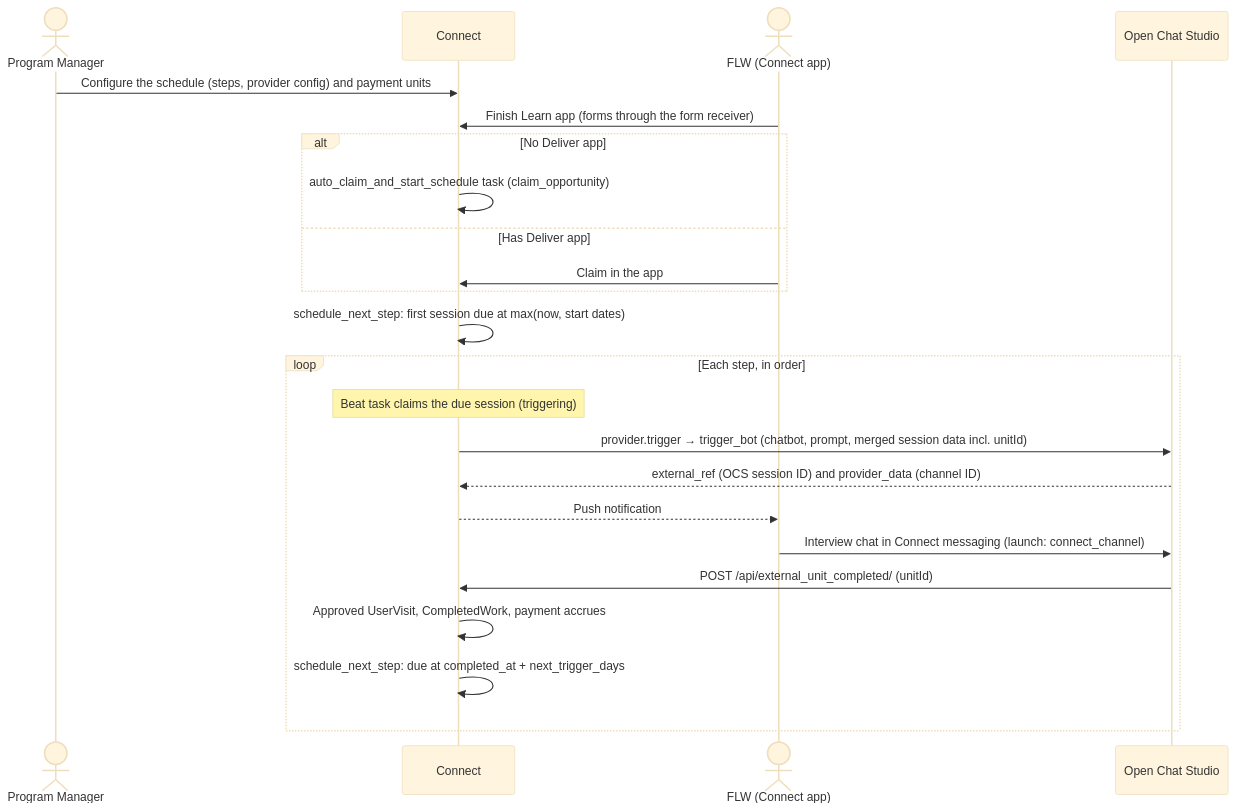
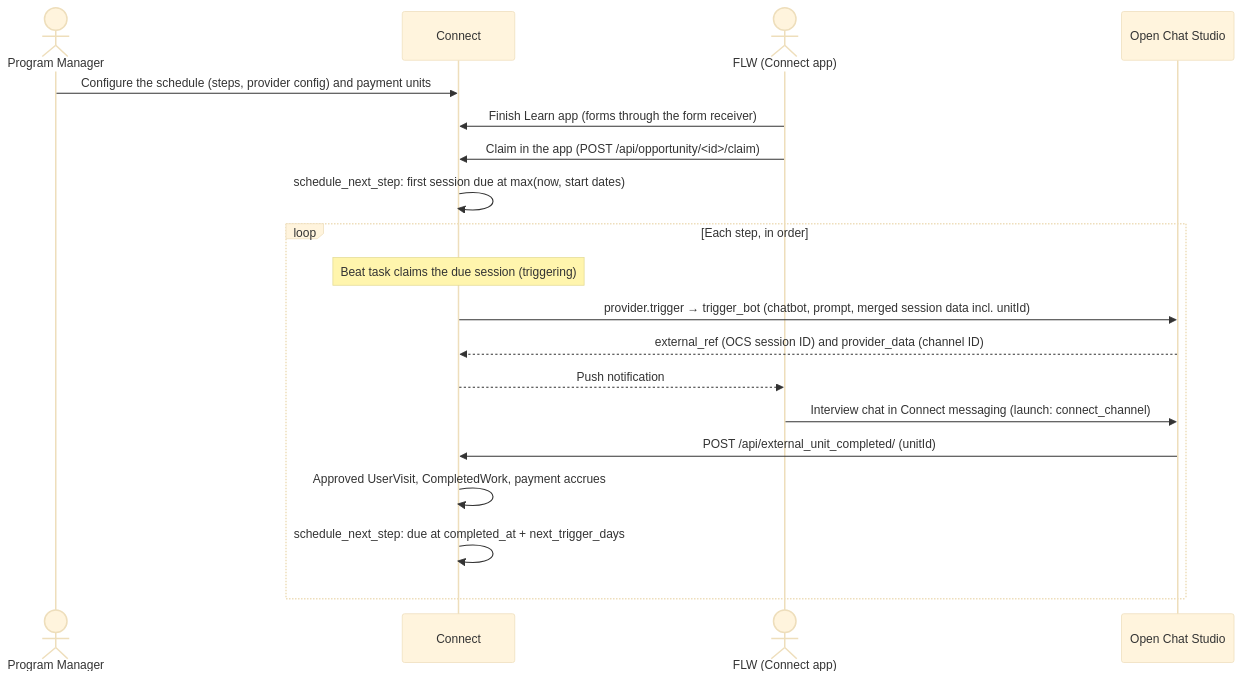
The diagram in outputs/CCCT-2861-spec-doc.md (dimagi/commcare-connect), drawn with Mermaid (base theme) before and after one commit. The commit also changed other lines of this file, not shown here.

First line of the commit message:
docs: drop auto-claim, move provider to the schedule, fix review findings

````diff
--- a/outputs/CCCT-2861-spec-doc.md
+++ b/outputs/CCCT-2861-spec-doc.md
@@ -43,26 +43,22 @@
 ```mermaid
 sequenceDiagram
     actor PM as Program Manager
     participant C as Connect
     actor FLW as FLW (Connect app)
     participant OCS as Open Chat Studio
 
     PM->>C: Configure the schedule (steps, provider config) and payment units
     FLW->>C: Finish Learn app (forms through the form receiver)
-    alt No Deliver app
-        C->>C: auto_claim_and_start_schedule task (claim_opportunity)
-    else Has Deliver app
-        FLW->>C: Claim in the app
-    end
+    FLW->>C: Claim in the app (POST /api/opportunity/<id>/claim)
     C->>C: schedule_next_step: first session due at max(now, start dates)
     loop Each step, in order
         Note over C: Beat task claims the due session (triggering)
         C->>OCS: provider.trigger → trigger_bot (chatbot, prompt, merged session data incl. unitId)
         OCS-->>C: external_ref (OCS session ID) and provider_data (channel ID)
         C-->>FLW: Push notification
         FLW->>OCS: Interview chat in Connect messaging (launch: connect_channel)
         OCS->>C: POST /api/external_unit_completed/ (unitId)
         C->>C: Approved UserVisit, CompletedWork, payment accrues
         C->>C: schedule_next_step: due at completed_at + next_trigger_days
     end
 ```
````
